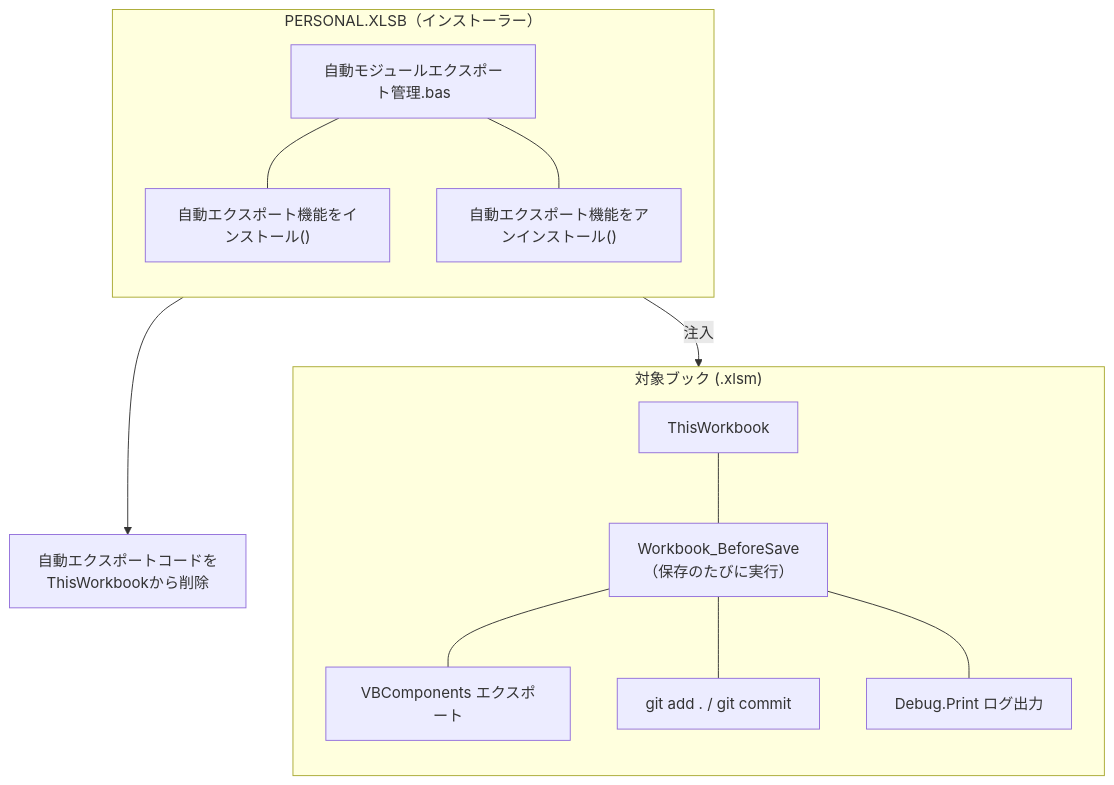
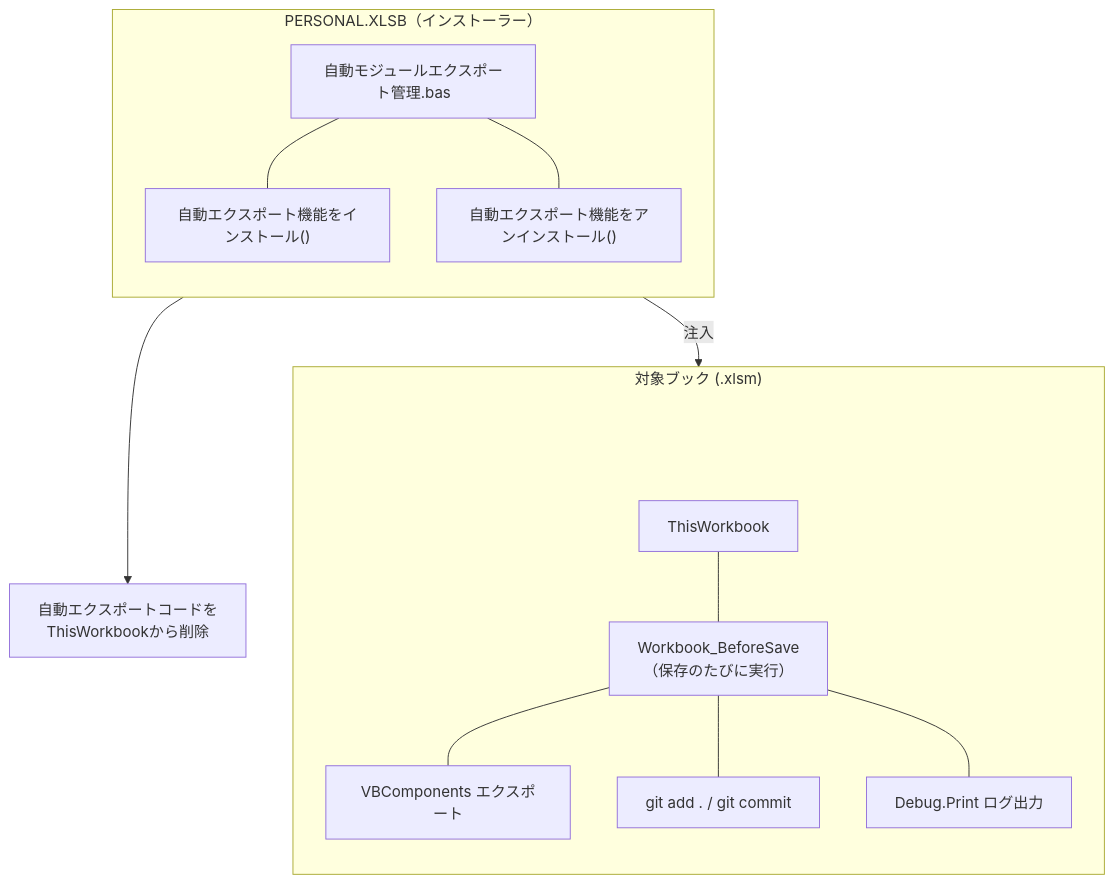
Before and after one commit to aki0178/business-system-design-portfolio: the diagram in 04_vba_git_automation.md, drawn with Mermaid.

````diff
--- a/04_vba_git_automation.md
+++ b/04_vba_git_automation.md
@@ -43,29 +43,33 @@
 ```mermaid
 flowchart TD
     subgraph P["PERSONAL.XLSB（インストーラー）"]
         direction TB
         P1["自動モジュールエクスポート管理.bas"]
         P2["自動エクスポート機能をインストール()"]
         P3["自動エクスポート機能をアンインストール()"]
         P1 --- P2
         P1 --- P3
     end
 
-    subgraph T["対象ブック (.xlsm)　　　　"]
+    subgraph T["対象ブック (.xlsm)"]
         direction TB
+        TS[" "]:::spacer
         T1["ThisWorkbook"]
         T2["Workbook_BeforeSave<br/>（保存のたびに実行）"]
         T3["VBComponents エクスポート"]
         T4["git add . / git commit"]
         T5["Debug.Print ログ出力"]
+        TS ~~~ T1
         T1 --- T2
         T2 --- T3
         T2 --- T4
         T2 --- T5
     end
 
     D["自動エクスポートコードを<br/>ThisWorkbookから削除"]
 
     P2 -->|"注入"| T1
     P3 --> D
+
+    classDef spacer fill:transparent,stroke:transparent,color:transparent;
 ```
````
